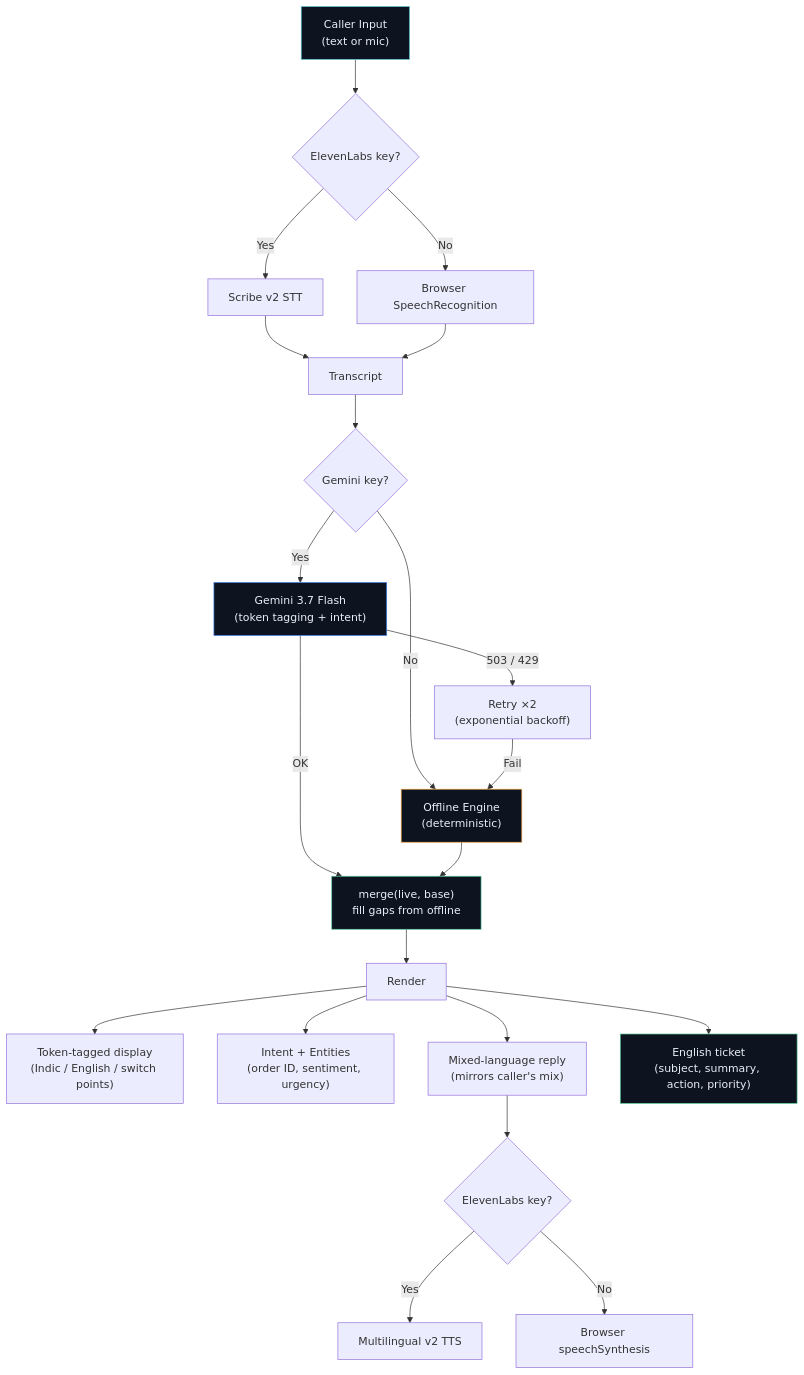
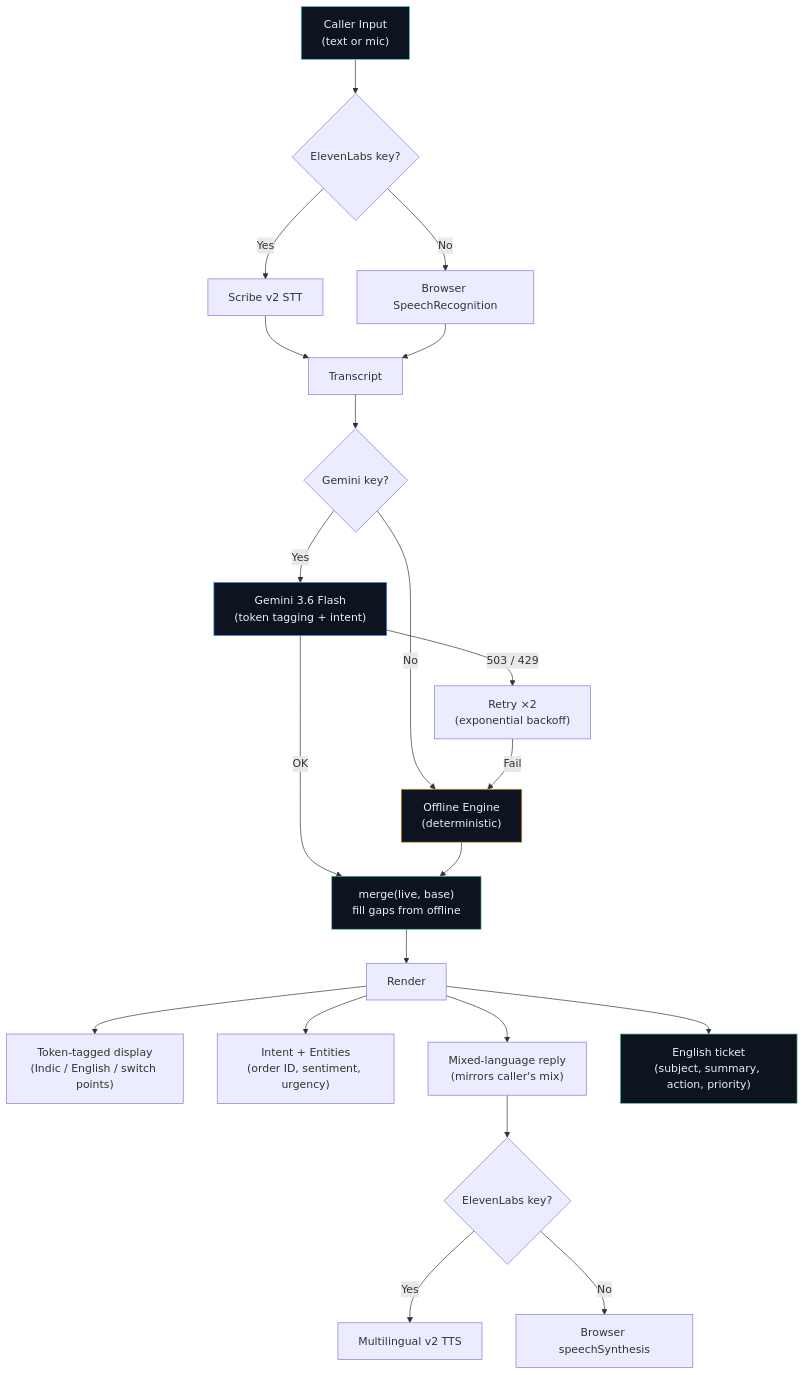
One commit to ramanathanmani/great-agent-hackathon-2026 changed the diagram in README.md. Above: the diagram before and after it, drawn with Mermaid. The commit also changed other lines of this file and 5 other files, not shown here.

Commit message:
feat: change default Gemini model to gemini-3.6-flash across UI and docs

````diff
--- a/README.md
+++ b/README.md
@@ -110,29 +110,29 @@
 ```mermaid
 graph TD
     A["Caller Input<br/>(text or mic)"] --> B{"ElevenLabs key?"}
     B -->|Yes| C["Scribe v2 STT"]
     B -->|No| D["Browser SpeechRecognition"]
     C --> E["Transcript"]
     D --> E
     E --> F{"Gemini key?"}
-    F -->|Yes| G["Gemini 3.7 Flash<br/>(token tagging + intent)"]
+    F -->|Yes| G["Gemini 3.6 Flash<br/>(token tagging + intent)"]
     F -->|No| H["Offline Engine<br/>(deterministic)"]
     G -->|"503 / 429"| I["Retry ×2<br/>(exponential backoff)"]
     I -->|Fail| H
     G -->|OK| J["merge(live, base)<br/>fill gaps from offline"]
     H --> J
     J --> K["Render"]
     K --> L["Token-tagged display<br/>(Indic / English / switch points)"]
     K --> M["Intent + Entities<br/>(order ID, sentiment, urgency)"]
     K --> N["Mixed-language reply<br/>(mirrors caller's mix)"]
     K --> O["English ticket<br/>(subject, summary, action, priority)"]
     N --> P{"ElevenLabs key?"}
     P -->|Yes| Q["Multilingual v2 TTS"]
     P -->|No| R["Browser speechSynthesis"]
 
     style A fill:#0D1420,stroke:#5FD0DE,color:#E9EFF7
     style G fill:#0D1420,stroke:#4285F4,color:#E9EFF7
     style H fill:#0D1420,stroke:#F0A340,color:#E9EFF7
     style J fill:#0D1420,stroke:#57C99A,color:#E9EFF7
     style O fill:#0D1420,stroke:#57C99A,color:#E9EFF7
 ```
````
